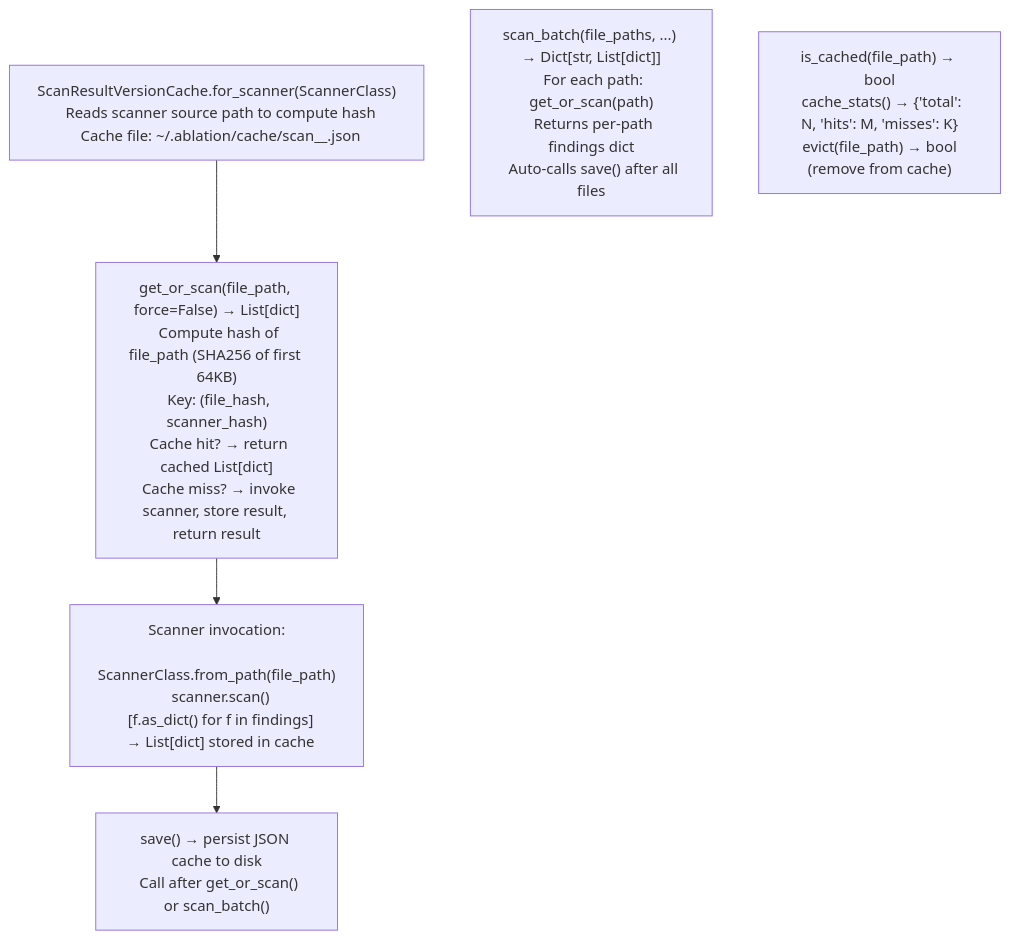
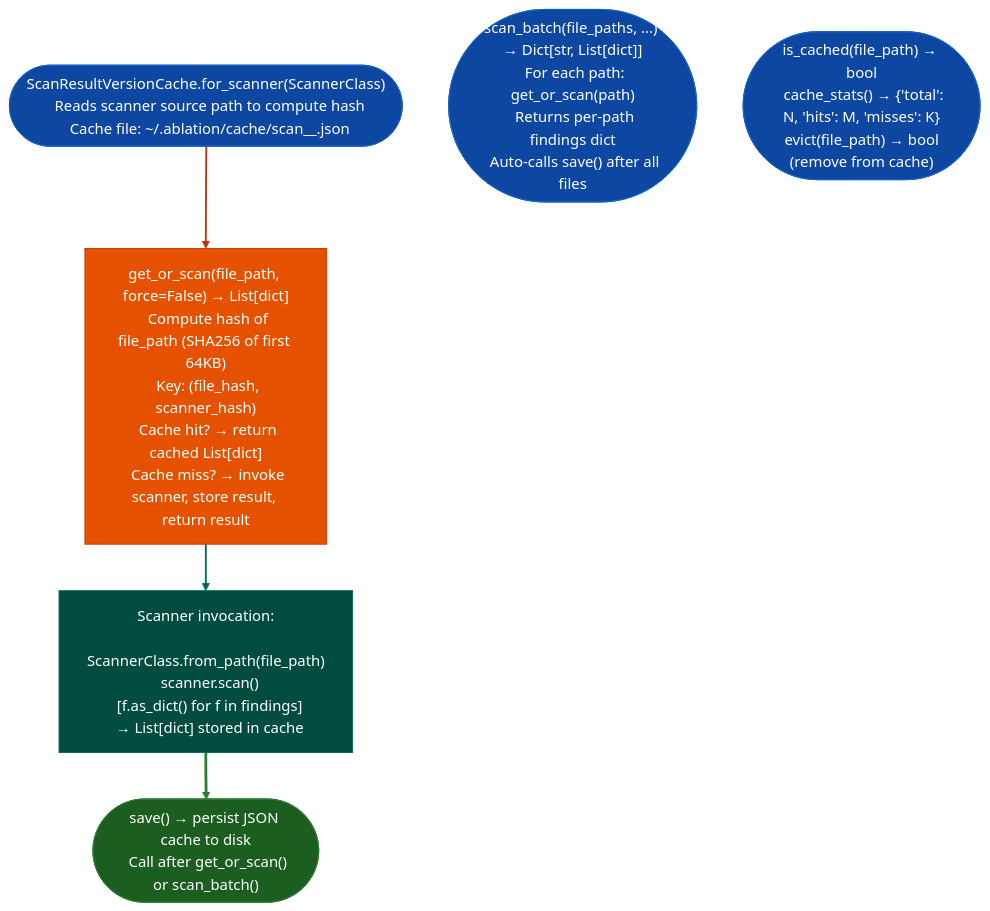
Before and after one commit to Ablation-Tool/ablation: the diagram in docs/reference-modules/version-aware-scan-caching.md, drawn with Mermaid. The commit also changed 320 other files, not shown here.

First line of the commit message:
docs: apply canonical Mermaid template to all 321 diagrams

````diff
--- a/docs/reference-modules/version-aware-scan-caching.md
+++ b/docs/reference-modules/version-aware-scan-caching.md
@@ -19,9 +19,18 @@
 ```mermaid
 flowchart TD
-    A["ScanResultVersionCache.for_scanner(ScannerClass)\n  Reads scanner source path to compute hash\n  Cache file: ~/.ablation/cache/scan_<scanner>_<scanner_hash>.json"] --> B["get_or_scan(file_path, force=False) → List[dict]\n  Compute hash of file_path (SHA256 of first 64KB)\n  Key: (file_hash, scanner_hash)\n  Cache hit? → return cached List[dict]\n  Cache miss? → invoke scanner, store result, return result"]
-    B --> C["Scanner invocation:\n  ScannerClass.from_path(file_path)\n  scanner.scan()\n  [f.as_dict() for f in findings]\n  → List[dict] stored in cache"]
-    C --> D["save() → persist JSON cache to disk\n  Call after get_or_scan() or scan_batch()"]
+    A(["ScanResultVersionCache.for_scanner(ScannerClass)\n  Reads scanner source path to compute hash\n  Cache file: ~/.ablation/cache/scan_<scanner>_<scanner_hash>.json"]):::input --> B["get_or_scan(file_path, force=False) → List[dict]\n  Compute hash of file_path (SHA256 of first 64KB)\n  Key: (file_hash, scanner_hash)\n  Cache hit? → return cached List[dict]\n  Cache miss? → invoke scanner, store result, return result"]:::primary
+    B:::primary --> C["Scanner invocation:\n  ScannerClass.from_path(file_path)\n  scanner.scan()\n  [f.as_dict() for f in findings]\n  → List[dict] stored in cache"]:::secondary
+    C:::secondary --> D(["save() → persist JSON cache to disk\n  Call after get_or_scan() or scan_batch()"]):::output
 
-    E["scan_batch(file_paths, ...) → Dict[str, List[dict]]\n  For each path: get_or_scan(path)\n  Returns per-path findings dict\n  Auto-calls save() after all files"]
-    F["is_cached(file_path) → bool\n  cache_stats() → {'total': N, 'hits': M, 'misses': K}\n  evict(file_path) → bool  (remove from cache)"]
+    E(["scan_batch(file_paths, ...) → Dict[str, List[dict]]\n  For each path: get_or_scan(path)\n  Returns per-path findings dict\n  Auto-calls save() after all files"]):::input
+    F(["is_cached(file_path) → bool\n  cache_stats() → {'total': N, 'hits': M, 'misses': K}\n  evict(file_path) → bool  (remove from cache)"]):::input
+    classDef input     fill:#0d47a1,stroke:#1565c0,color:#fff
+    classDef primary   fill:#e65100,stroke:#bf360c,color:#fff
+    classDef secondary fill:#004d40,stroke:#00695c,color:#fff
+    classDef tertiary  fill:#4a148c,stroke:#6a1b9a,color:#fff
+    classDef neutral   fill:#37474f,stroke:#546e7a,color:#fff
+    classDef output    fill:#1b5e20,stroke:#2e7d32,color:#fff
+    linkStyle 0 stroke:#bf360c,stroke-width:2px
+    linkStyle 1 stroke:#00695c,stroke-width:2px
+    linkStyle 2 stroke:#2e7d32,stroke-width:3px
 ```
````
